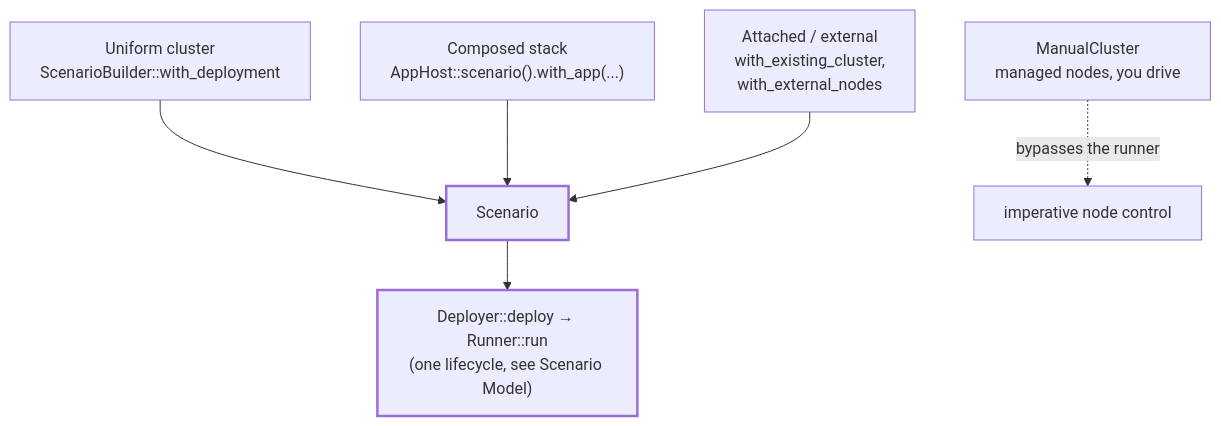
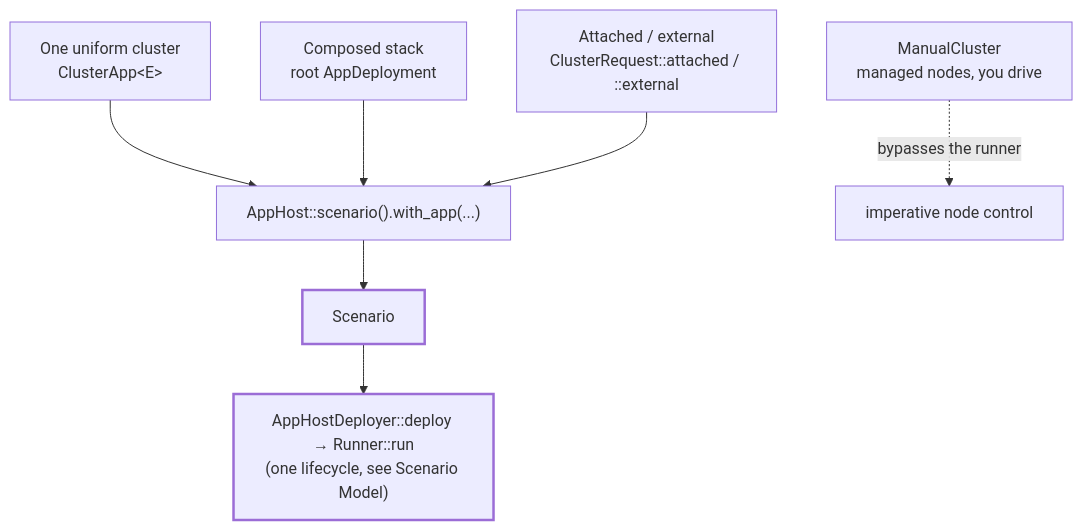
The diagram in book/src/entry-patterns.md (logos-blockchain/logos-blockchain-testing), drawn with Mermaid before and after one commit. The commit also changed other lines of this file and 47 other files, not shown here.

Commit message:
docs: document the unified app composition model

````diff
--- a/book/src/entry-patterns.md
+++ b/book/src/entry-patterns.md
@@ -50,11 +51,12 @@
 ```mermaid
 flowchart TD
-    U["Uniform cluster<br/>ScenarioBuilder::with_deployment"] --> S["Scenario"]
-    A["Composed stack<br/>AppHost::scenario().with_app(...)"] --> S
-    X["Attached / external<br/>with_existing_cluster,<br/>with_external_nodes"] --> S
-    S --> R["Deployer::deploy → Runner::run<br/>(one lifecycle, see Scenario Model)"]
+    U["One uniform cluster<br/>ClusterApp&lt;E&gt;"] --> W["AppHost::scenario().with_app(...)"]
+    A["Composed stack<br/>root AppDeployment"] --> W
+    X["Attached / external<br/>ClusterRequest::attached / ::external"] --> W
+    W --> S["Scenario"]
+    S --> R["AppHostDeployer::deploy → Runner::run<br/>(one lifecycle, see Scenario Model)"]
     M["ManualCluster<br/>managed nodes, you drive"] -.->|"bypasses the runner"| C["imperative node control"]
     S:::sc
     R:::sc
     classDef sc stroke:#9b6dd6,stroke-width:2.5px;
 ```
````
